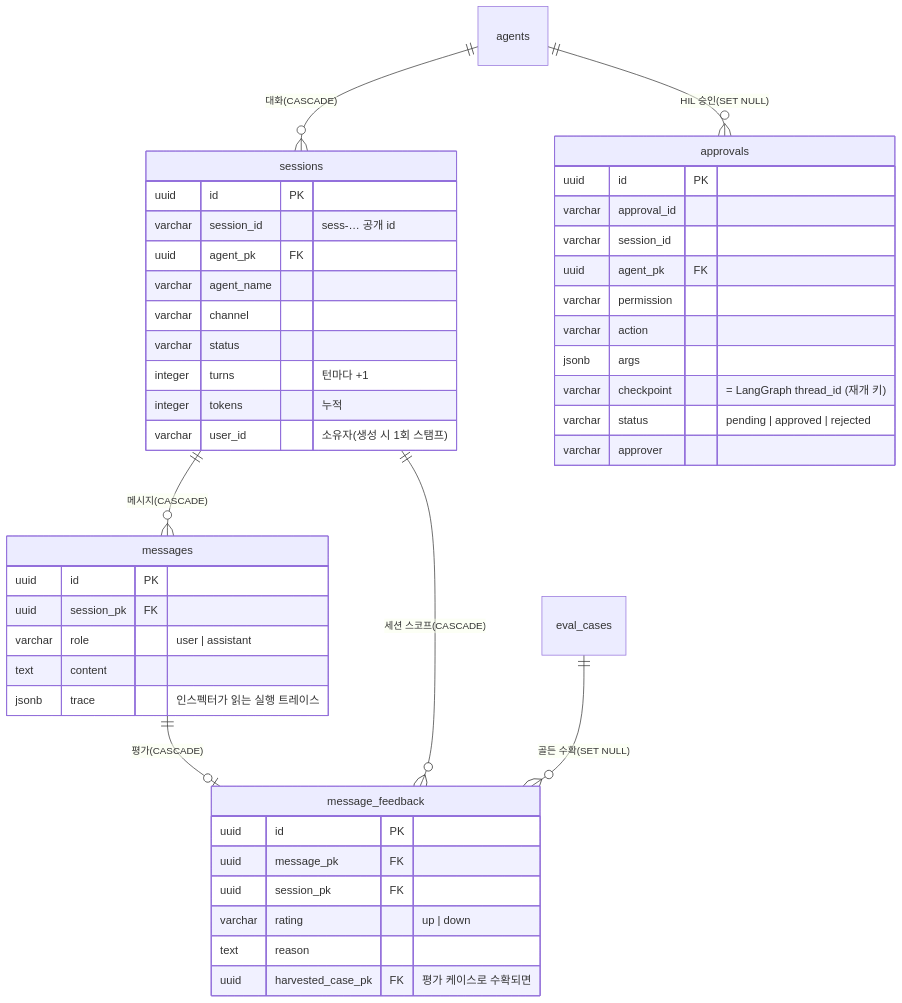
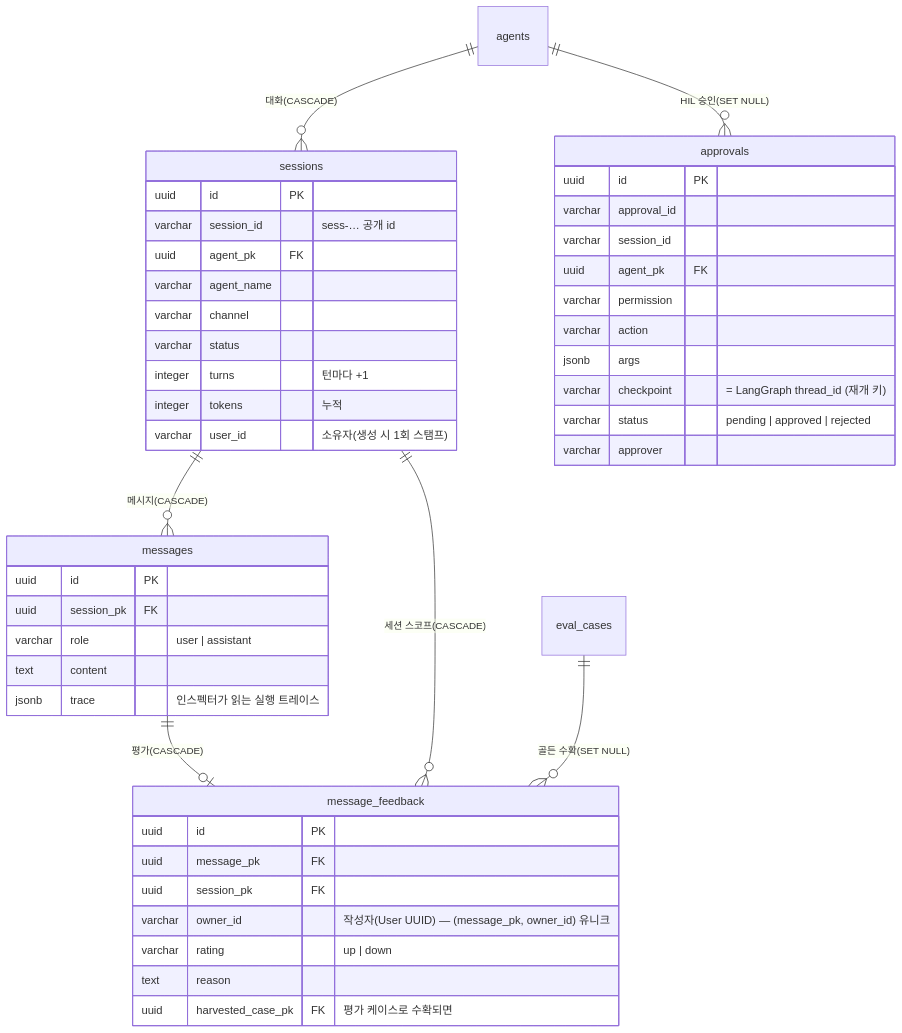
Before and after one commit to loveqoo/my-agents: the third of 6 diagrams in docs/db-model.md, drawn with Mermaid. The commit also changed other lines of this file, not shown here.

````diff
--- a/docs/db-model.md
+++ b/docs/db-model.md
@@ -117,48 +135,49 @@
 ```mermaid
 erDiagram
     agents ||--o{ sessions : "대화(CASCADE)"
     sessions ||--o{ messages : "메시지(CASCADE)"
     messages ||--o| message_feedback : "평가(CASCADE)"
     sessions ||--o{ message_feedback : "세션 스코프(CASCADE)"
     agents ||--o{ approvals : "HIL 승인(SET NULL)"
     eval_cases ||--o{ message_feedback : "골든 수확(SET NULL)"
 
     sessions {
         uuid id PK
         varchar session_id "sess-… 공개 id"
         uuid agent_pk FK
         varchar agent_name
         varchar channel
         varchar status
         integer turns "턴마다 +1"
         integer tokens "누적"
         varchar user_id "소유자(생성 시 1회 스탬프)"
     }
     messages {
         uuid id PK
         uuid session_pk FK
         varchar role "user | assistant"
         text content
         jsonb trace "인스펙터가 읽는 실행 트레이스"
     }
     message_feedback {
         uuid id PK
         uuid message_pk FK
         uuid session_pk FK
+        varchar owner_id "작성자(User UUID) — (message_pk, owner_id) 유니크"
         varchar rating "up | down"
         text reason
         uuid harvested_case_pk FK "평가 케이스로 수확되면"
     }
     approvals {
         uuid id PK
         varchar approval_id
         varchar session_id
         uuid agent_pk FK
         varchar permission
         varchar action
         jsonb args
         varchar checkpoint "= LangGraph thread_id (재개 키)"
         varchar status "pending | approved | rejected"
         varchar approver
     }
 ```
````
